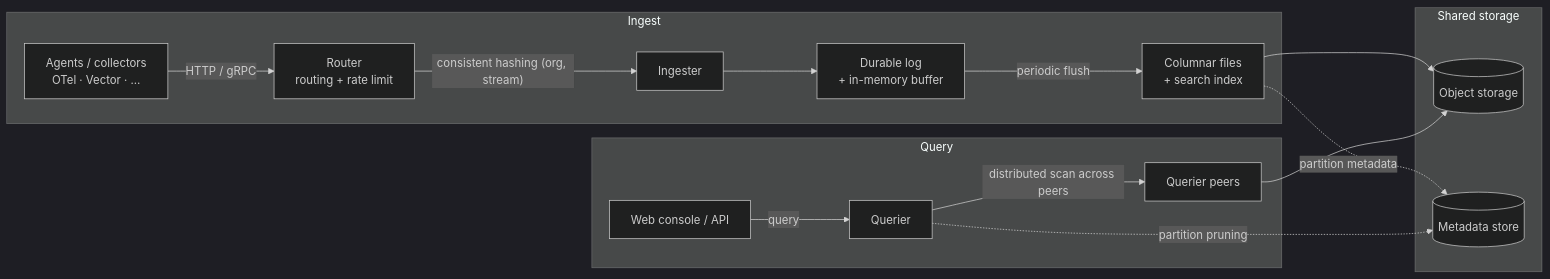
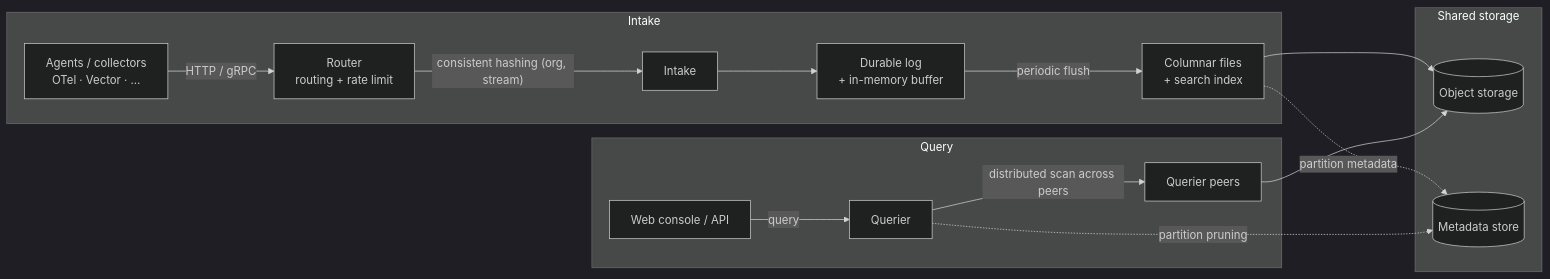
The diagram in en-US/deployment.mdx (molesignal/docs), drawn with Mermaid (dark theme) before and after one commit. The commit also changed other lines of this file and 102 other files, not shown here.

````diff
--- a/en-US/deployment.mdx
+++ b/en-US/deployment.mdx
@@ -11,24 +11,24 @@
 ```mermaid
 flowchart LR
-  subgraph ingest [Ingest]
+  subgraph intake [Intake]
     A["Agents / collectors<br/>OTel · Vector · …"] -->|HTTP / gRPC| R["Router<br/>routing + rate limit"]
-    R -->|"consistent hashing (org, stream)"| ING["Ingester"]
+    R -->|"consistent hashing (org, stream)"| ING["Intake"]
     ING --> WB["Durable log<br/>+ in-memory buffer"]
     WB -->|periodic flush| CF["Columnar files<br/>+ search index"]
   end
 
   subgraph storage [Shared storage]
     OS[("Object storage")]
     MS[("Metadata store")]
   end
 
   subgraph query [Query]
     UI["Web console / API"] -->|query| Q["Querier"]
     Q -->|distributed scan across peers| QP["Querier peers"]
   end
 
   CF --> OS
   CF -. partition metadata .-> MS
   QP --> OS
   Q -. partition pruning .-> MS
 ```
````
